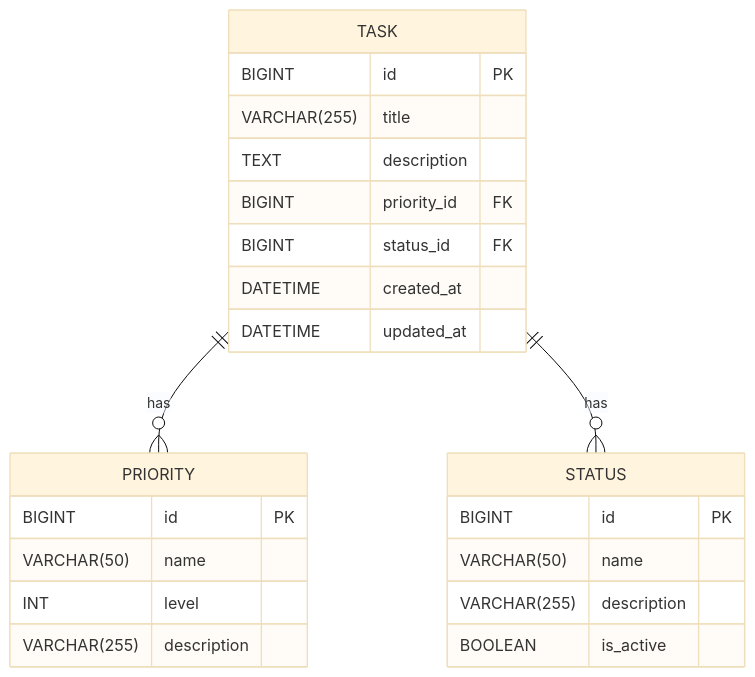
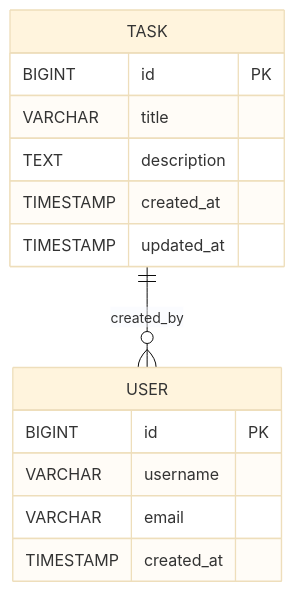
The diagram in lld/lld_DEMO-759.md (ThapaswiASC/SCIB-INCEPTION-PHASE-DEMO), drawn with Mermaid (base theme) before and after one commit. The commit also changed other lines of this file, not shown here.

````diff
--- a/lld/lld_DEMO-759.md
+++ b/lld/lld_DEMO-759.md
@@ -339,29 +290,19 @@
 ```mermaid
 erDiagram
     TASK {
         BIGINT id PK
-        VARCHAR(255) title
+        VARCHAR title
         TEXT description
-        BIGINT priority_id FK
-        BIGINT status_id FK
-        DATETIME created_at
-        DATETIME updated_at
+        TIMESTAMP created_at
+        TIMESTAMP updated_at
     }
     
-    PRIORITY {
+    USER {
         BIGINT id PK
-        VARCHAR(50) name
-        INT level
-        VARCHAR(255) description
+        VARCHAR username
+        VARCHAR email
+        TIMESTAMP created_at
     }
     
-    STATUS {
-        BIGINT id PK
-        VARCHAR(50) name
-        VARCHAR(255) description
-        BOOLEAN is_active
-    }
-    
-    TASK ||--o{ PRIORITY : has
-    TASK ||--o{ STATUS : has
+    TASK ||--o{ USER : "created_by"
 ```
````
